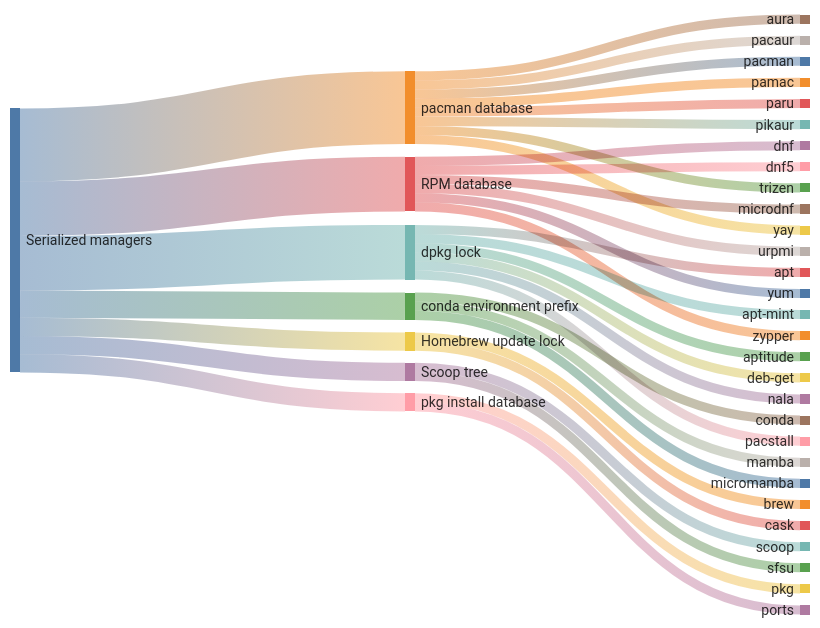
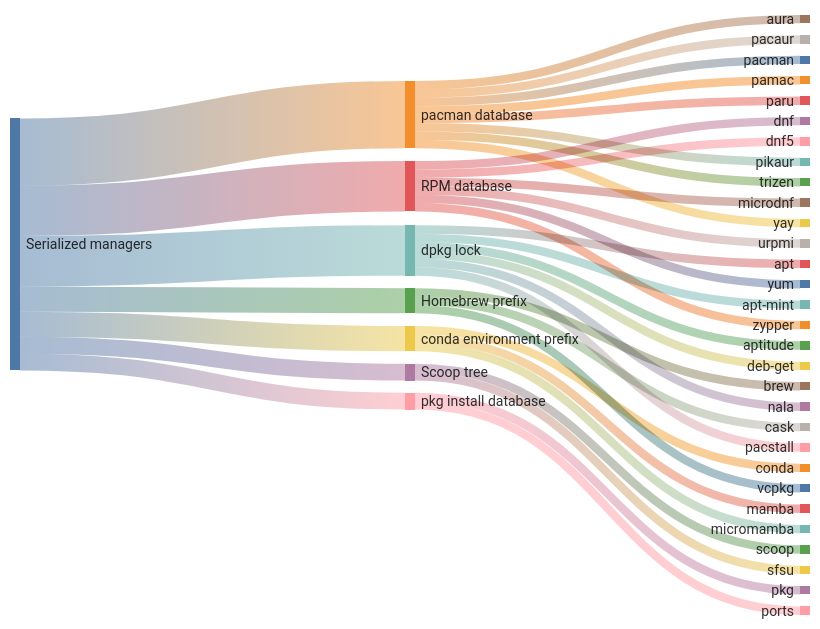
Before and after one commit to kdeldycke/meta-package-manager: the diagram in docs/concurrency.md, drawn with Mermaid. The commit also changed other lines of this file and 3 other files, not shown here.

Commit message:
Serialize `vcpkg` with `brew` and `cask` on the Homebrew prefix

````diff
--- a/docs/concurrency.md
+++ b/docs/concurrency.md
@@ -70,43 +70,44 @@
 ```mermaid
 ---
 config: {"sankey": {"showValues": false, "width": 800, "height": 600}}
 ---
 sankey-beta
 
 Serialized managers,pacman database,8
 Serialized managers,RPM database,6
 Serialized managers,dpkg lock,6
+Serialized managers,Homebrew prefix,3
 Serialized managers,conda environment prefix,3
-Serialized managers,Homebrew update lock,2
 Serialized managers,Scoop tree,2
 Serialized managers,pkg install database,2
 pacman database,aura,1
 pacman database,pacaur,1
 pacman database,pacman,1
 pacman database,pamac,1
 pacman database,paru,1
 pacman database,pikaur,1
 pacman database,trizen,1
 pacman database,yay,1
 RPM database,dnf,1
 RPM database,dnf5,1
 RPM database,microdnf,1
 RPM database,urpmi,1
 RPM database,yum,1
 RPM database,zypper,1
 dpkg lock,apt,1
 dpkg lock,apt-mint,1
 dpkg lock,aptitude,1
 dpkg lock,deb-get,1
 dpkg lock,nala,1
 dpkg lock,pacstall,1
+Homebrew prefix,brew,1
+Homebrew prefix,cask,1
+Homebrew prefix,vcpkg,1
 conda environment prefix,conda,1
 conda environment prefix,mamba,1
 conda environment prefix,micromamba,1
-Homebrew update lock,brew,1
-Homebrew update lock,cask,1
 Scoop tree,scoop,1
 Scoop tree,sfsu,1
 pkg install database,pkg,1
 pkg install database,ports,1
 ```
````
